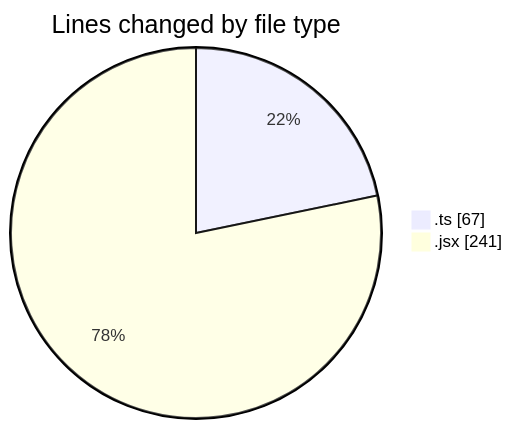
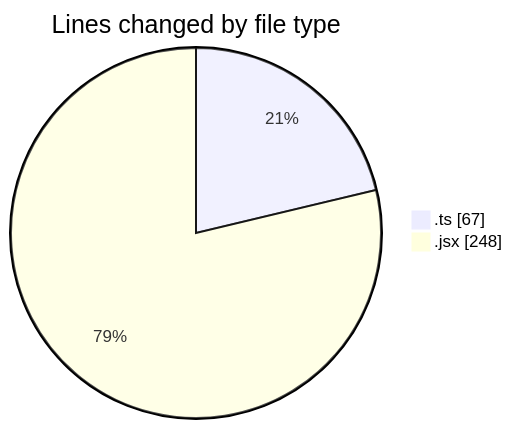
One commit to robertbonfada/code-tracking changed the first of 2 diagrams in 2025-02-08/termonied-web/README.md. Above: the diagram before and after it, drawn with Mermaid. The commit also changed other lines of this file and 1 other file, not shown here.

````diff
--- a/2025-02-08/termonied-web/README.md
+++ b/2025-02-08/termonied-web/README.md
@@ -22,6 +22,6 @@
 ```mermaid
 pie showData
 title Lines changed by file type
 ".ts" : 67
-".jsx" : 241
+".jsx" : 248
 ```
````
